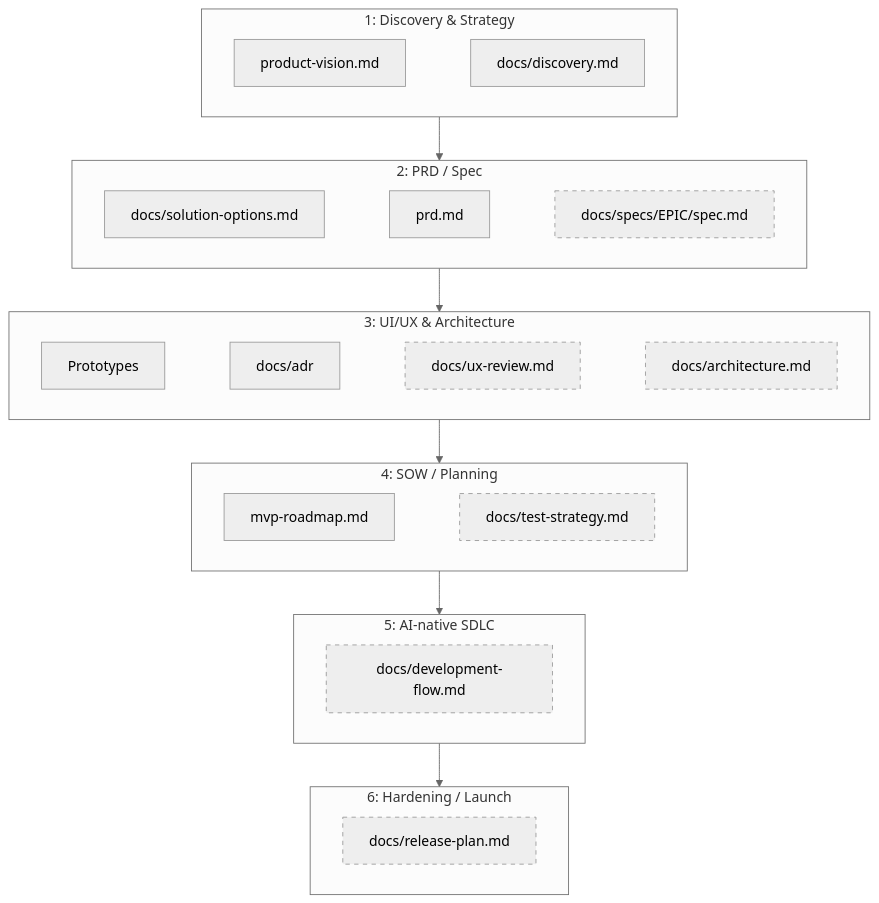
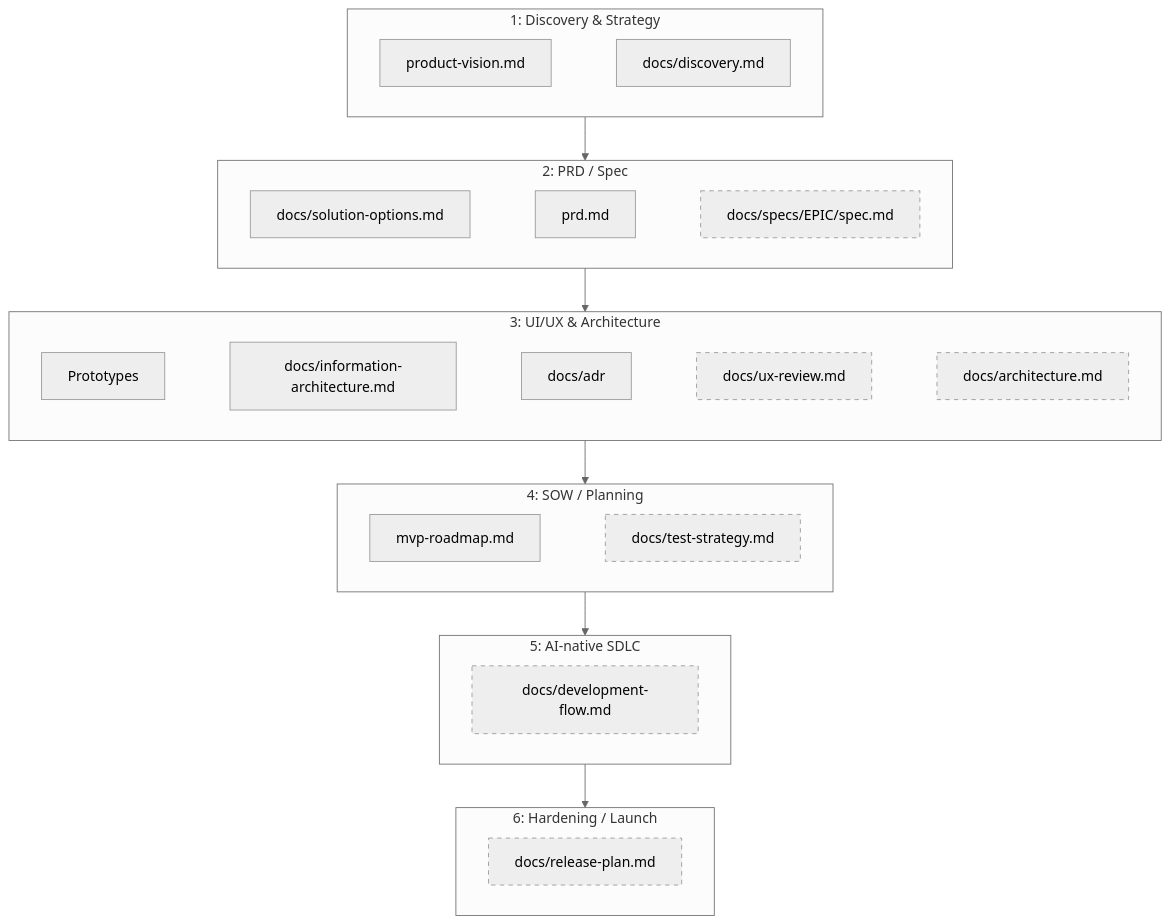
One commit to huynguyennang-agilityio/tripmate-docs changed the diagram in README.md. Above: the diagram before and after it, drawn with Mermaid (neutral theme). The commit also changed other lines of this file and 3 other files, not shown here.

First line of the commit message:
Add information-architecture.md v1.0; product-workflow v2.4

````diff
--- a/README.md
+++ b/README.md
@@ -34,29 +35,29 @@
 ```mermaid
 flowchart TB
     subgraph S1["1: Discovery & Strategy"]
         direction LR
         vision["product-vision.md"] ~~~ discovery["docs/discovery.md"]
     end
     subgraph S2["2: PRD / Spec"]
         direction LR
         options["docs/solution-options.md"] ~~~ prd["prd.md"] ~~~ specs["docs/specs/EPIC/spec.md"]:::planned
     end
     subgraph S3["3: UI/UX & Architecture"]
         direction LR
-        proto["Prototypes"] ~~~ adr["docs/adr"] ~~~ ux["docs/ux-review.md"]:::planned ~~~ arch["docs/architecture.md"]:::planned
+        proto["Prototypes"] ~~~ ia["docs/information-architecture.md"] ~~~ adr["docs/adr"] ~~~ ux["docs/ux-review.md"]:::planned ~~~ arch["docs/architecture.md"]:::planned
     end
     subgraph S4["4: SOW / Planning"]
         direction LR
         roadmap["mvp-roadmap.md"] ~~~ test["docs/test-strategy.md"]:::planned
     end
     subgraph S5["5: AI-native SDLC"]
         direction LR
         dev["docs/development-flow.md"]:::planned
     end
     subgraph S6["6: Hardening / Launch"]
         direction LR
         rel["docs/release-plan.md"]:::planned
     end
     S1 --> S2 --> S3 --> S4 --> S5 --> S6
     classDef planned stroke-dasharray: 5 5
 ```
````
